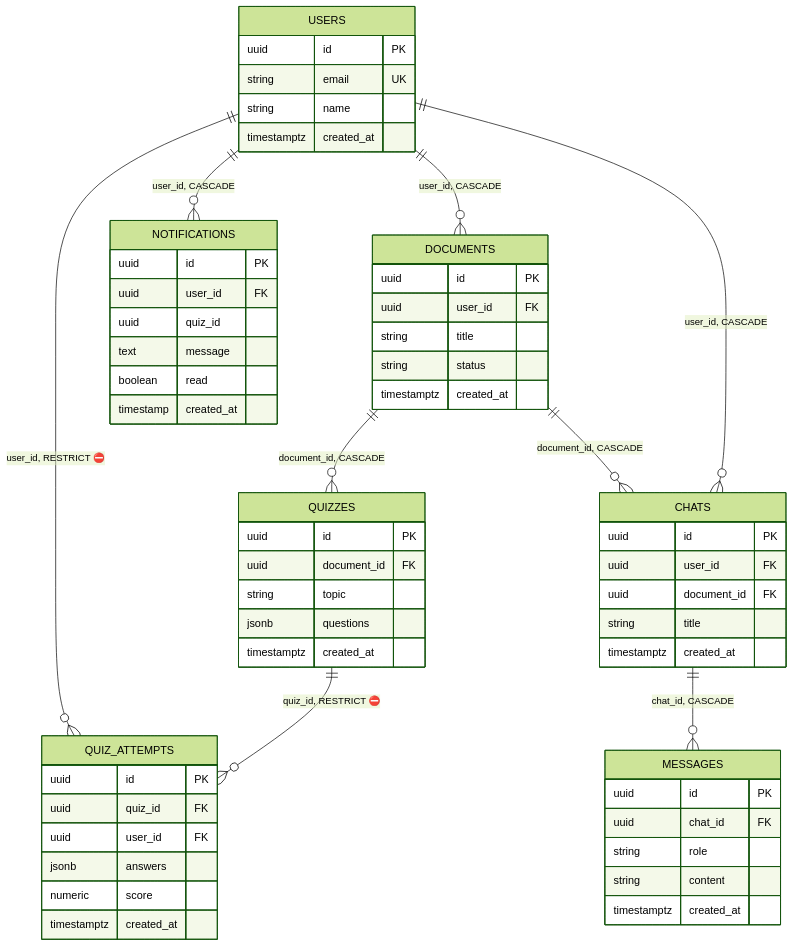
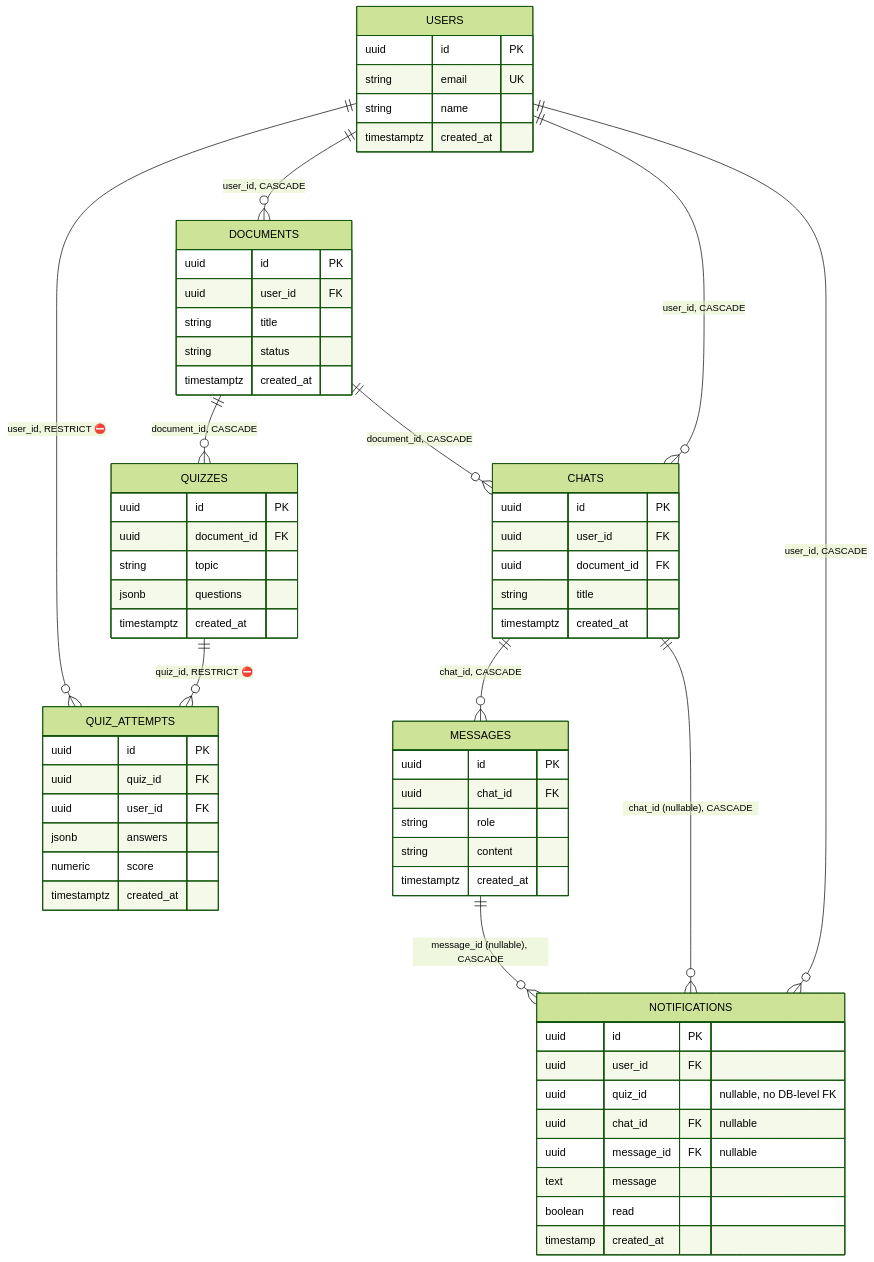
Before and after one commit to codeshivamsi-sketch/ai_study_assistant_edumind: the first of 4 diagrams in docs/architecture.md, drawn with Mermaid (forest theme). The commit also changed other lines of this file and 12 other files, not shown here.

````diff
--- a/docs/architecture.md
+++ b/docs/architecture.md
@@ -49,62 +11,66 @@
 ```mermaid
 erDiagram
     USERS ||--o{ DOCUMENTS : "user_id, CASCADE"
     DOCUMENTS ||--o{ QUIZZES : "document_id, CASCADE"
     QUIZZES ||--o{ QUIZ_ATTEMPTS : "quiz_id, RESTRICT ⛔"
     USERS ||--o{ QUIZ_ATTEMPTS : "user_id, RESTRICT ⛔"
-    USERS ||--o{ NOTIFICATIONS : "user_id, CASCADE"
     USERS ||--o{ CHATS : "user_id, CASCADE"
     DOCUMENTS ||--o{ CHATS : "document_id, CASCADE"
     CHATS ||--o{ MESSAGES : "chat_id, CASCADE"
+    USERS ||--o{ NOTIFICATIONS : "user_id, CASCADE"
+    CHATS ||--o{ NOTIFICATIONS : "chat_id (nullable), CASCADE"
+    MESSAGES ||--o{ NOTIFICATIONS : "message_id (nullable), CASCADE"
 
     USERS {
         uuid id PK
         string email UK
         string name
         timestamptz created_at
     }
     DOCUMENTS {
         uuid id PK
         uuid user_id FK
         string title
         string status
         timestamptz created_at
     }
     QUIZZES {
         uuid id PK
         uuid document_id FK
         string topic
         jsonb questions
         timestamptz created_at
     }
     QUIZ_ATTEMPTS {
         uuid id PK
         uuid quiz_id FK
         uuid user_id FK
         jsonb answers
         numeric score
         timestamptz created_at
     }
-    NOTIFICATIONS {
-        uuid id PK
-        uuid user_id FK
-        uuid quiz_id
-        text message
-        boolean read
-        timestamp created_at
-    }
     CHATS {
         uuid id PK
         uuid user_id FK
         uuid document_id FK
         string title
         timestamptz created_at
     }
     MESSAGES {
         uuid id PK
         uuid chat_id FK
         string role
         string content
         timestamptz created_at
     }
+    NOTIFICATIONS {
+        uuid id PK
+        uuid user_id FK
+        uuid quiz_id "nullable, no DB-level FK"
+        uuid chat_id FK "nullable"
+        uuid message_id FK "nullable"
+        text message
+        boolean read
+        timestamp created_at
+    }
 ```
````
